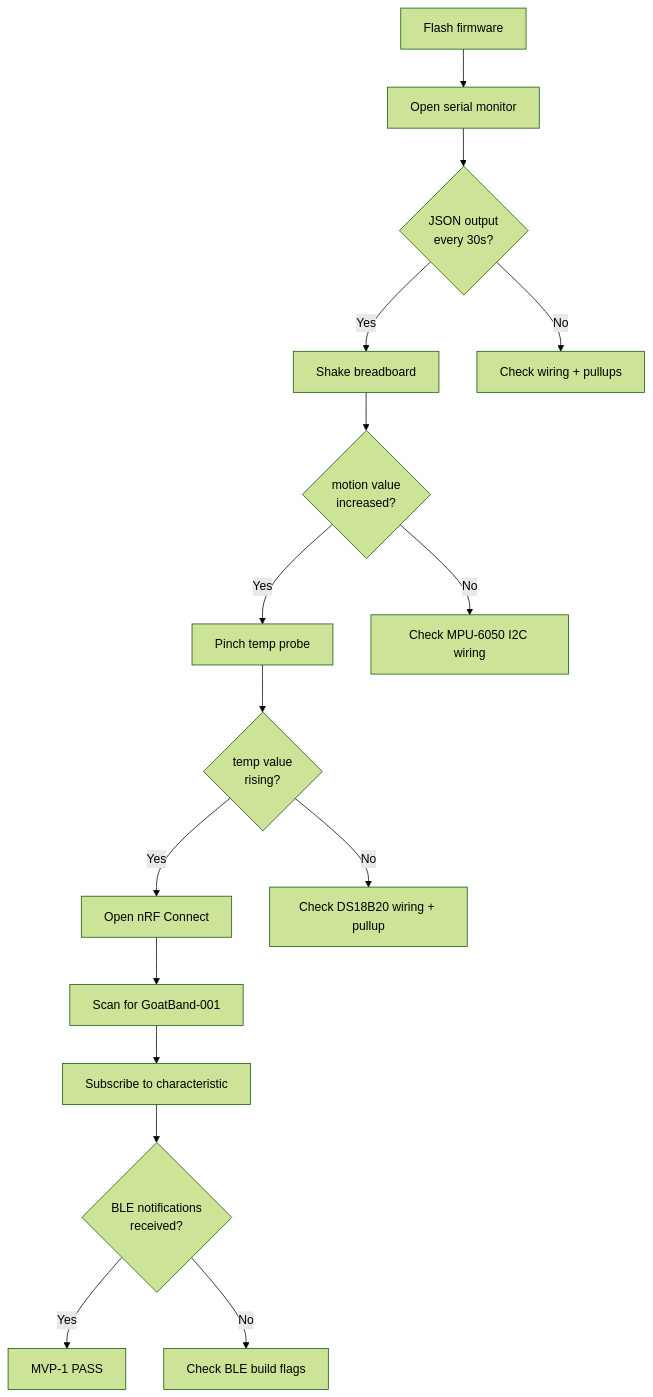
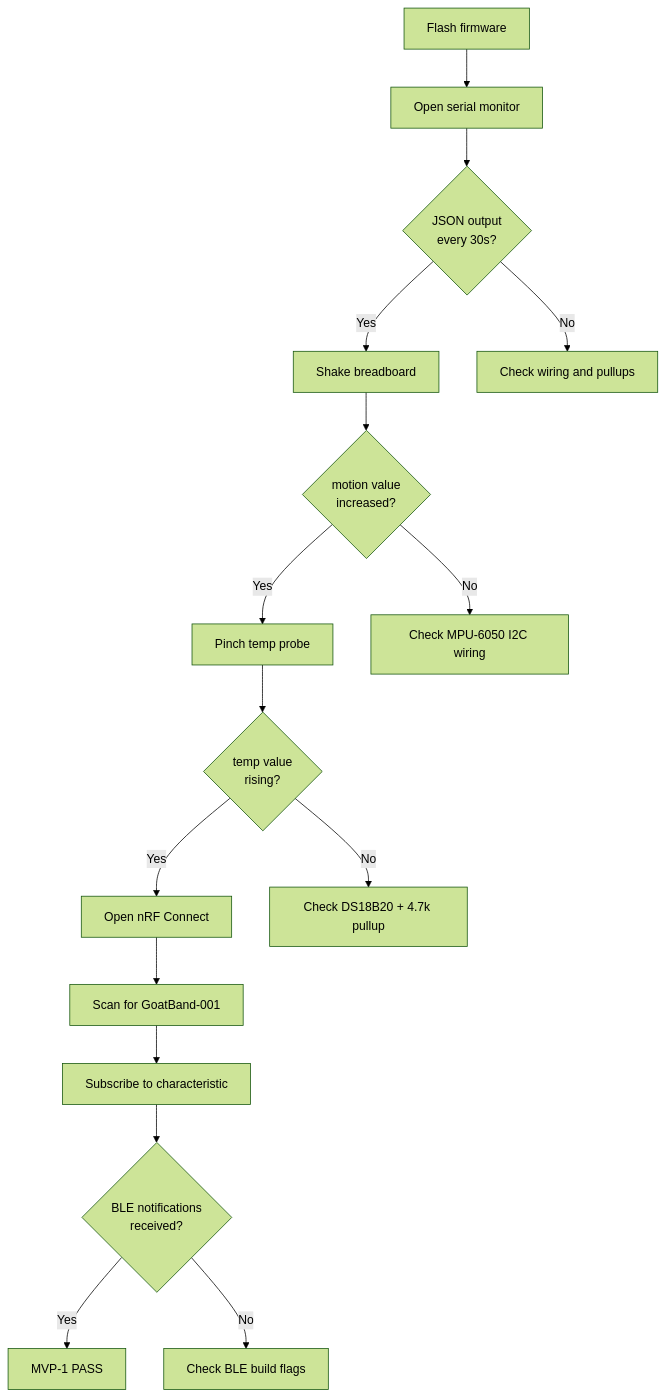
One commit to MYP-Tech/smart-goat-health-band changed the diagram in docs/06_BUILD_AND_DEPLOYMENT.md. Above: the diagram before and after it, drawn with Mermaid (forest theme). The commit also changed other lines of this file and 6 other files, not shown here.

````diff
--- a/docs/06_BUILD_AND_DEPLOYMENT.md
+++ b/docs/06_BUILD_AND_DEPLOYMENT.md
@@ -112,18 +78,18 @@
 ```mermaid
 graph TD
     A["Flash firmware"] --> B["Open serial monitor"]
     B --> C{"JSON output\nevery 30s?"}
     C -->|Yes| D["Shake breadboard"]
-    C -->|No| E["Check wiring + pullups"]
+    C -->|No| E["Check wiring and pullups"]
     D --> F{"motion value\nincreased?"}
     F -->|Yes| G["Pinch temp probe"]
     F -->|No| H["Check MPU-6050 I2C wiring"]
     G --> I{"temp value\nrising?"}
     I -->|Yes| J["Open nRF Connect"]
-    I -->|No| K["Check DS18B20 wiring + pullup"]
+    I -->|No| K["Check DS18B20 + 4.7k pullup"]
     J --> L["Scan for GoatBand-001"]
     L --> M["Subscribe to characteristic"]
     M --> N{"BLE notifications\nreceived?"}
     N -->|Yes| O["MVP-1 PASS"]
     N -->|No| P["Check BLE build flags"]
 ```
````
